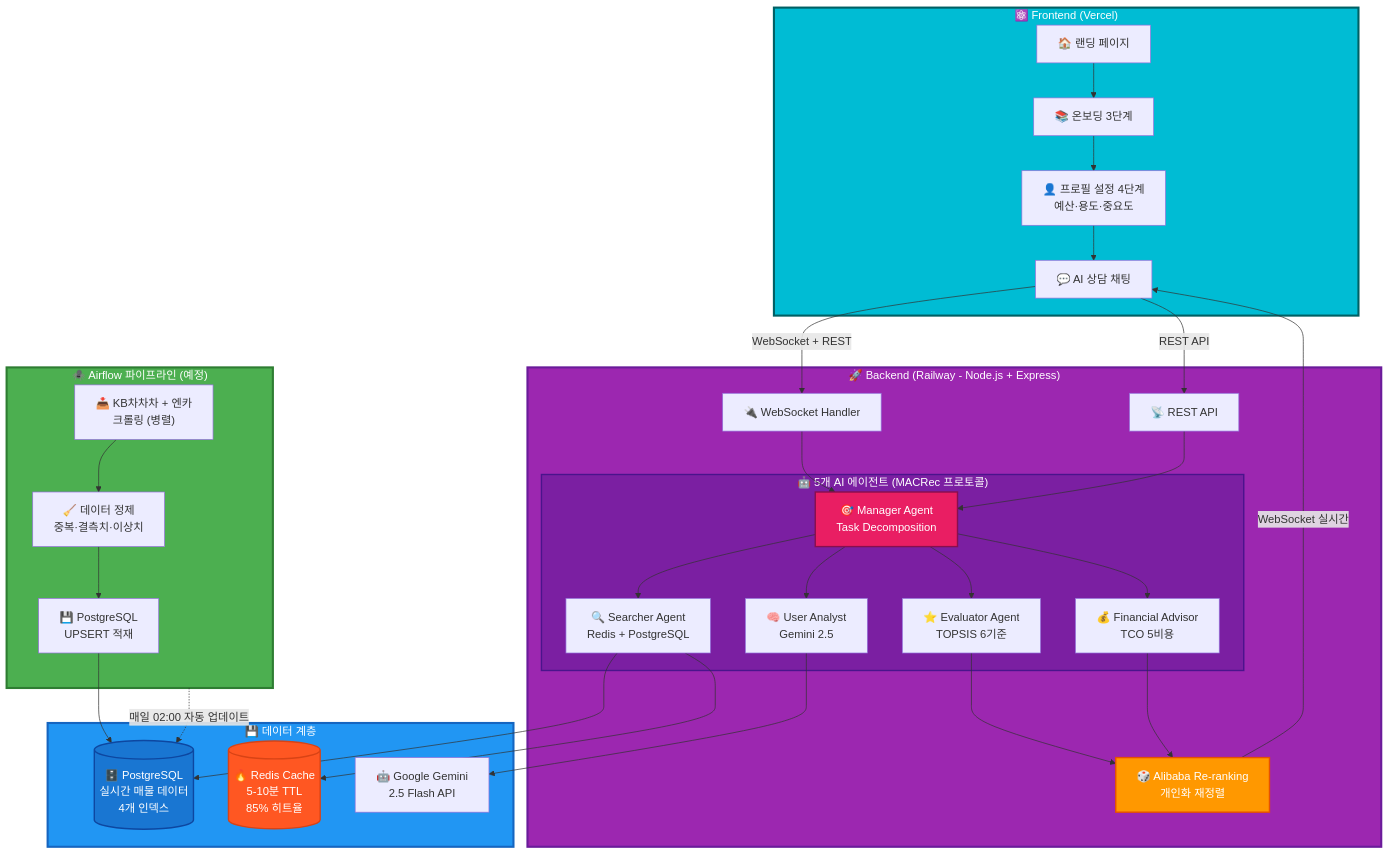
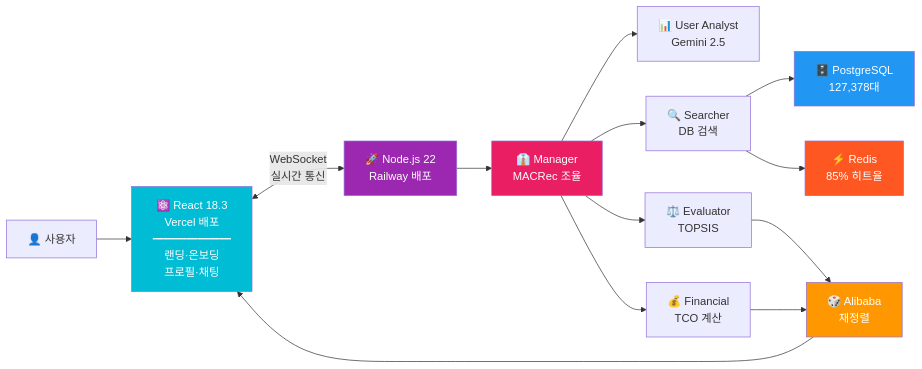
One commit to SeSAC-DA1/CarFin_AI_Final changed the sixth of 7 diagrams in README.md. Above: the diagram before and after it, drawn with Mermaid. The commit also changed other lines of this file, not shown here.

````diff
--- a/README.md
+++ b/README.md
@@ -319,71 +303,28 @@
 ```mermaid
-graph TB
-    subgraph Frontend["⚛️ Frontend (Vercel)"]
-        Landing["🏠 랜딩 페이지"]
-        Onboarding["📚 온보딩 3단계"]
-        Profile["👤 프로필 설정 4단계<br/>예산·용도·중요도"]
-        Chat["💬 AI 상담 채팅"]
+flowchart LR
+    User["👤 사용자"] --> Frontend["⚛️ React 18.3<br/>Vercel 배포<br/>━━━━━━━<br/>랜딩·온보딩<br/>프로필·채팅"]
 
-        Landing --> Onboarding --> Profile --> Chat
-    end
+    Frontend <-->|"WebSocket<br/>실시간 통신"| Backend["🚀 Node.js 22<br/>Railway 배포"]
 
-    subgraph Backend["🚀 Backend (Railway - Node.js + Express)"]
-        WS["🔌 WebSocket Handler"]
-        REST["📡 REST API"]
+    Backend --> Manager["👔 Manager<br/>MACRec 조율"]
 
-        subgraph Agents["🤖 5개 AI 에이전트 (MACRec 프로토콜)"]
-            Manager["🎯 Manager Agent<br/>Task Decomposition"]
-            UserAnalyst["🧠 User Analyst<br/>Gemini 2.5"]
-            Searcher["🔍 Searcher Agent<br/>Redis + PostgreSQL"]
-            Evaluator["⭐ Evaluator Agent<br/>TOPSIS 6기준"]
-            Financial["💰 Financial Advisor<br/>TCO 5비용"]
+    Manager --> Analyst["📊 User Analyst<br/>Gemini 2.5"]
+    Manager --> Searcher["🔍 Searcher<br/>DB 검색"]
+    Manager --> Evaluator["⚖️ Evaluator<br/>TOPSIS"]
+    Manager --> Finance["💰 Financial<br/>TCO 계산"]
 
-            Manager --> UserAnalyst
-            Manager --> Searcher
-            Manager --> Evaluator
-            Manager --> Financial
-        end
+    Searcher --> DB["🗄️ PostgreSQL<br/>127,378대"]
+    Searcher --> Redis["⚡ Redis<br/>85% 히트율"]
 
-        Reranking["🎲 Alibaba Re-ranking<br/>개인화 재정렬"]
+    Evaluator --> Rerank["🎲 Alibaba<br/>재정렬"]
+    Finance --> Rerank
 
-        WS --> Manager
-        REST --> Manager
-        Evaluator --> Reranking
-        Financial --> Reranking
-    end
+    Rerank --> Frontend
 
-    subgraph DataLayer["💾 데이터 계층"]
-        DB[("🗄️ PostgreSQL<br/>실시간 매물 데이터<br/>4개 인덱스")]
-        Cache[("🔥 Redis Cache<br/>5-10분 TTL<br/>85% 히트율")]
-        AI["🤖 Google Gemini<br/>2.5 Flash API"]
-    end
-
-    subgraph Pipeline["🕷️ Airflow 파이프라인 (예정)"]
-        Crawl["📥 KB차차차 + 엔카<br/>크롤링 (병렬)"]
-        Clean["🧹 데이터 정제<br/>중복·결측치·이상치"]
-        Load["💾 PostgreSQL<br/>UPSERT 적재"]
-
-        Crawl --> Clean --> Load --> DB
-    end
-
-    Chat -->|"WebSocket + REST"| WS
-    Chat -->|"REST API"| REST
-
-    Searcher --> Cache
-    Searcher --> DB
-    UserAnalyst --> AI
-
-    Reranking -->|"WebSocket 실시간"| Chat
-
-    Pipeline -.->|"매일 02:00 자동 업데이트"| DB
-
-    style Frontend fill:#00BCD4,stroke:#006064,stroke-width:3px,color:#fff
-    style Backend fill:#9C27B0,stroke:#6A1B9A,stroke-width:3px,color:#fff
-    style Agents fill:#7B1FA2,stroke:#4A148C,stroke-width:2px,color:#fff
-    style DataLayer fill:#2196F3,stroke:#1565C0,stroke-width:3px,color:#fff
-    style Pipeline fill:#4CAF50,stroke:#2E7D32,stroke-width:3px,color:#fff
-    style Manager fill:#E91E63,stroke:#880E4F,stroke-width:2px,color:#fff
-    style Reranking fill:#FF9800,stroke:#E65100,stroke-width:2px,color:#fff
-    style DB fill:#1976D2,stroke:#0D47A1,stroke-width:2px,color:#fff
-    style Cache fill:#FF5722,stroke:#D84315,stroke-width:2px,color:#fff
+    style Frontend fill:#00BCD4,color:#fff
+    style Backend fill:#9C27B0,color:#fff
+    style Manager fill:#E91E63,color:#fff
+    style Rerank fill:#FF9800,color:#fff
+    style DB fill:#2196F3,color:#fff
+    style Redis fill:#FF5722,color:#fff
 ```
````
